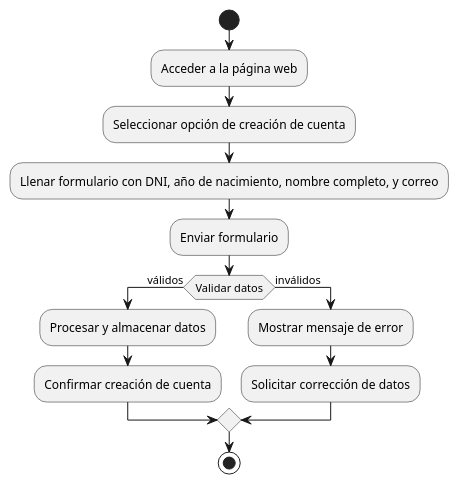
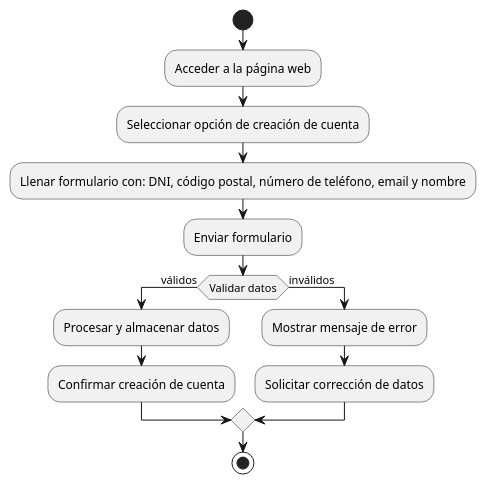
The diagram in CasosDeUso/Procesos/CduCreacionDeCuenta/diagramaDeFlujo.puml (pablarce/23-24-IdSw1-SDR), drawn with PlantUML before and after one commit.

Commit message:
Update diagramaDeFlujo

```diff
--- a/CasosDeUso/Procesos/CduCreacionDeCuenta/diagramaDeFlujo.puml
+++ b/CasosDeUso/Procesos/CduCreacionDeCuenta/diagramaDeFlujo.puml
@@ -1,15 +1,15 @@
 @startuml
 start
 :Acceder a la página web;
 :Seleccionar opción de creación de cuenta;
-:Llenar formulario con DNI, año de nacimiento, nombre completo, y correo;
+:Llenar formulario con: DNI, código postal, número de teléfono, email y nombre;
 :Enviar formulario;
 if (Validar datos) then (válidos)
   :Procesar y almacenar datos;
   :Confirmar creación de cuenta;
 else (inválidos)
   :Mostrar mensaje de error;
   :Solicitar corrección de datos;
 endif
 stop
 @enduml
```
